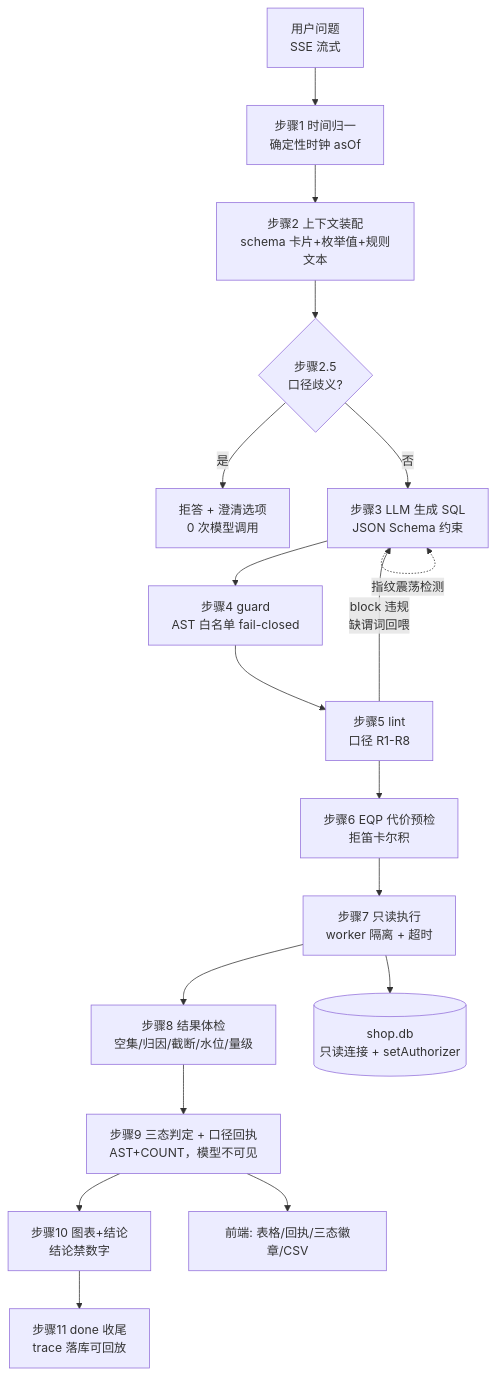
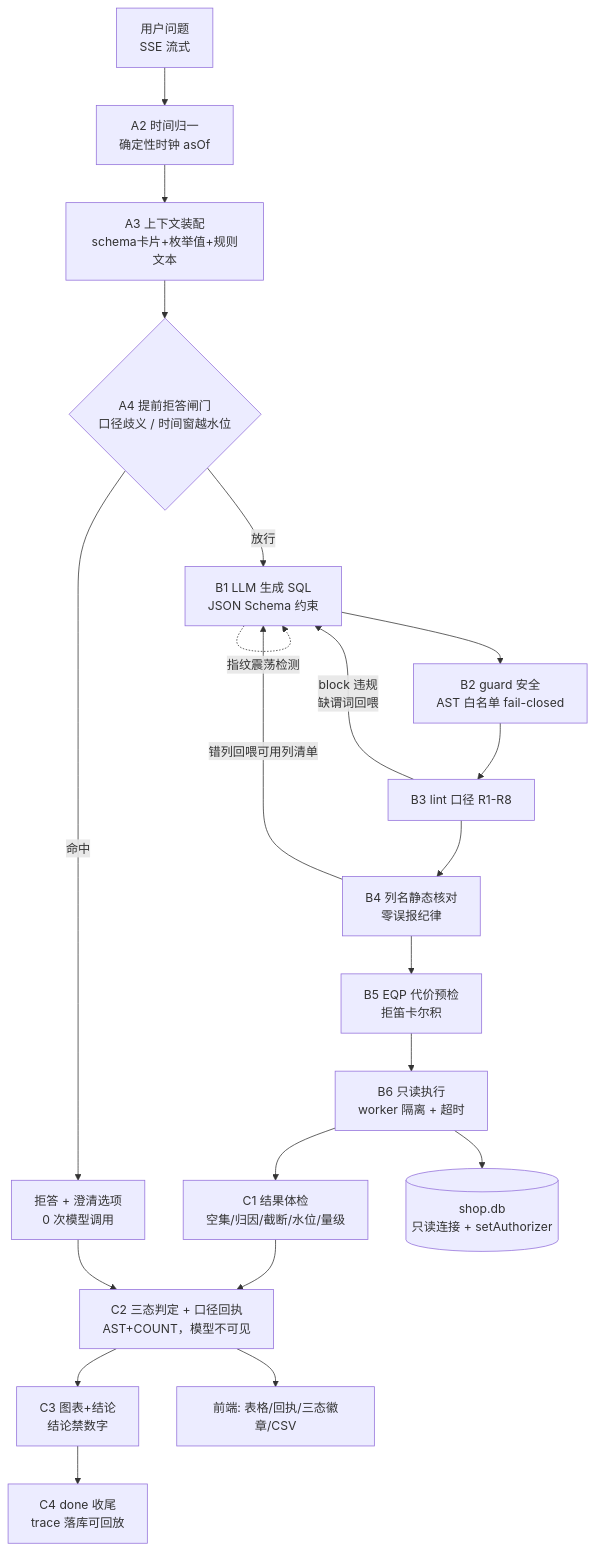
One commit to liuyuan20000507/gatesql changed the diagram in README.md. Above: the diagram before and after it, drawn with Mermaid. The commit also changed other lines of this file and 15 other files, not shown here.

````diff
--- a/README.md
+++ b/README.md
@@ -42,20 +42,23 @@
 ```mermaid
 flowchart TD
-    Q[用户问题<br/>SSE 流式] --> T[步骤1 时间归一<br/>确定性时钟 asOf]
-    T --> C[步骤2 上下文装配<br/>schema 卡片+枚举值+规则文本]
-    C --> AMB{步骤2.5<br/>口径歧义?}
-    AMB -->|是| REF[拒答 + 澄清选项<br/>0 次模型调用]
-    AMB -->|否| GEN[步骤3 LLM 生成 SQL<br/>JSON Schema 约束]
-    GEN --> GU[步骤4 guard<br/>AST 白名单 fail-closed]
-    GU --> LI[步骤5 lint<br/>口径 R1-R8]
-    LI -->|block 违规<br/>缺谓词回喂| GEN
-    LI --> EQ[步骤6 EQP 代价预检<br/>拒笛卡尔积]
-    EQ --> EX[步骤7 只读执行<br/>worker 隔离 + 超时]
-    EX --> HC[步骤8 结果体检<br/>空集/归因/截断/水位/量级]
-    HC --> V[步骤9 三态判定 + 口径回执<br/>AST+COUNT，模型不可见]
-    V --> CH[步骤10 图表+结论<br/>结论禁数字]
-    V --> O[前端: 表格/回执/三态徽章/CSV]
-    EX --> DB[(shop.db<br/>只读连接 + setAuthorizer)]
-    GEN -.指纹震荡检测.-> GEN
-    CH --> END[步骤11 done 收尾<br/>trace 落库可回放]
+    Q[用户问题<br/>SSE 流式] --> A2[A2 时间归一<br/>确定性时钟 asOf]
+    A2 --> A3[A3 上下文装配<br/>schema卡片+枚举值+规则文本]
+    A3 --> A4{A4 提前拒答闸门<br/>口径歧义 / 时间窗越水位}
+    A4 -->|命中| REF[拒答 + 澄清选项<br/>0 次模型调用]
+    A4 -->|放行| B1[B1 LLM 生成 SQL<br/>JSON Schema 约束]
+    B1 --> B2[B2 guard 安全<br/>AST 白名单 fail-closed]
+    B2 --> B3[B3 lint 口径 R1-R8]
+    B3 -->|block 违规<br/>缺谓词回喂| B1
+    B3 --> B4[B4 列名静态核对<br/>零误报纪律]
+    B4 -->|错列回喂可用列清单| B1
+    B4 --> B5[B5 EQP 代价预检<br/>拒笛卡尔积]
+    B5 --> B6[B6 只读执行<br/>worker 隔离 + 超时]
+    B6 --> C1[C1 结果体检<br/>空集/归因/截断/水位/量级]
+    C1 --> C2[C2 三态判定 + 口径回执<br/>AST+COUNT，模型不可见]
+    C2 --> C3[C3 图表+结论<br/>结论禁数字]
+    C2 --> O[前端: 表格/回执/三态徽章/CSV]
+    B6 --> DB[(shop.db<br/>只读连接 + setAuthorizer)]
+    B1 -.指纹震荡检测.-> B1
+    C3 --> C4[C4 done 收尾<br/>trace 落库可回放]
+    REF --> C2
 ```
````
